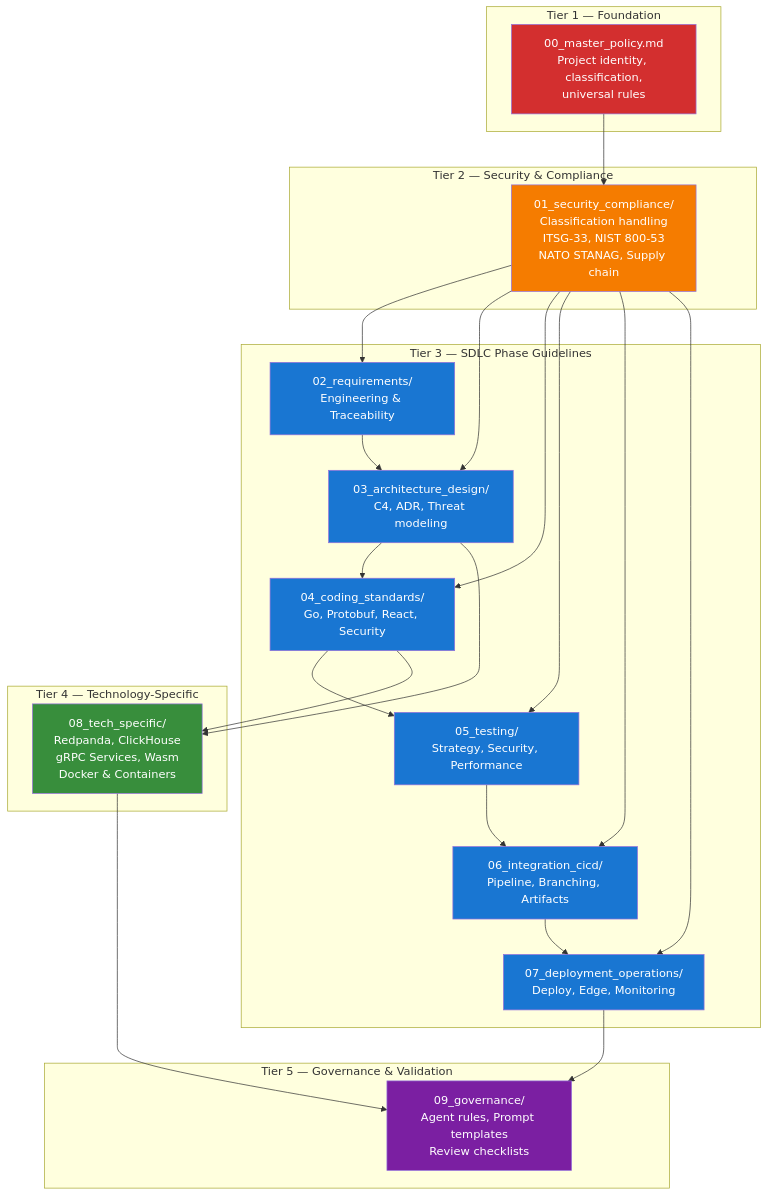
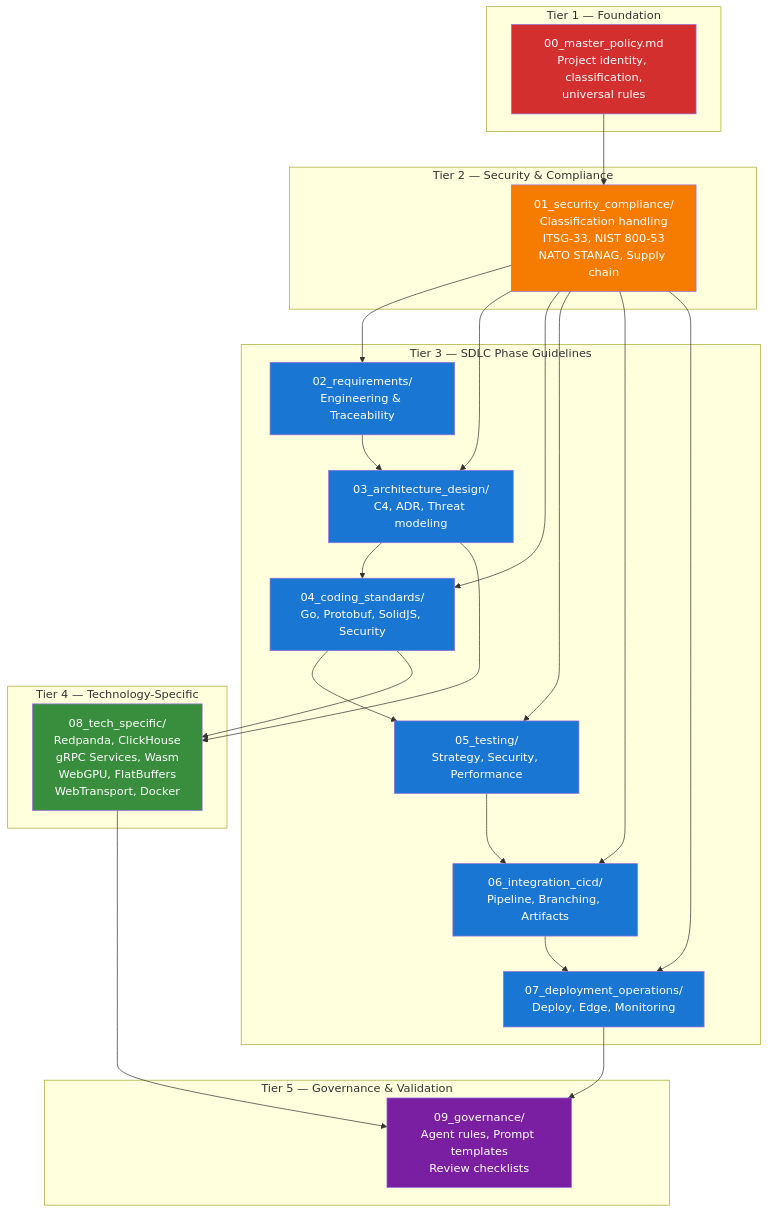
Before and after one commit to arvinddhasmana/rtsa_webgpu: the diagram in docs/sdlc_guidelines/README.md, drawn with Mermaid. The commit also changed other lines of this file and 65 other files, not shown here.

````diff
--- a/docs/sdlc_guidelines/README.md
+++ b/docs/sdlc_guidelines/README.md
@@ -16,55 +16,55 @@
 ```mermaid
 graph TD
     subgraph "Tier 1 — Foundation"
         MP[00_master_policy.md<br/>Project identity, classification,<br/>universal rules]
     end
 
     subgraph "Tier 2 — Security & Compliance"
         SC[01_security_compliance/<br/>Classification handling<br/>ITSG-33, NIST 800-53<br/>NATO STANAG, Supply chain]
     end
 
     subgraph "Tier 3 — SDLC Phase Guidelines"
         RE[02_requirements/<br/>Engineering & Traceability]
         AD[03_architecture_design/<br/>C4, ADR, Threat modeling]
-        CS[04_coding_standards/<br/>Go, Protobuf, React, Security]
+        CS[04_coding_standards/<br/>Go, Protobuf, SolidJS, Security]
         TS[05_testing/<br/>Strategy, Security, Performance]
         CI[06_integration_cicd/<br/>Pipeline, Branching, Artifacts]
         DO[07_deployment_operations/<br/>Deploy, Edge, Monitoring]
     end
 
     subgraph "Tier 4 — Technology-Specific"
-        TECH["08_tech_specific/<br/>Redpanda, ClickHouse<br/>gRPC Services, Wasm<br/>Docker & Containers"]
+        TECH["08_tech_specific/<br/>Redpanda, ClickHouse<br/>gRPC Services, Wasm<br/>WebGPU, FlatBuffers<br/>WebTransport, Docker"]
     end
 
     subgraph "Tier 5 — Governance & Validation"
         GOV[09_governance/<br/>Agent rules, Prompt templates<br/>Review checklists]
     end
 
     MP --> SC
     SC --> RE
     SC --> AD
     SC --> CS
     SC --> TS
     SC --> CI
     SC --> DO
     RE --> AD
     AD --> CS
     CS --> TS
     TS --> CI
     CI --> DO
     AD --> TECH
     CS --> TECH
     TECH --> GOV
     DO --> GOV
 
     style MP fill:#d32f2f,color:#fff
     style SC fill:#f57c00,color:#fff
     style RE fill:#1976d2,color:#fff
     style AD fill:#1976d2,color:#fff
     style CS fill:#1976d2,color:#fff
     style TS fill:#1976d2,color:#fff
     style CI fill:#1976d2,color:#fff
     style DO fill:#1976d2,color:#fff
     style TECH fill:#388e3c,color:#fff
     style GOV fill:#7b1fa2,color:#fff
 ```
````
